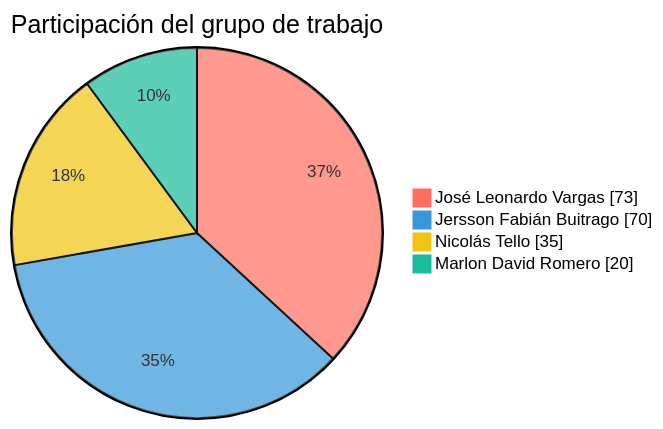
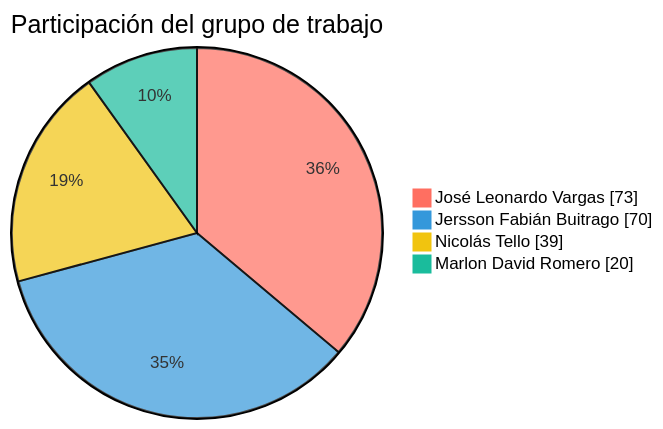
One commit to FarmaExpres/FarmaExpres changed the first of 2 diagrams in README.md. Above: the diagram before and after it, drawn with Mermaid. The commit also changed other lines of this file and 1 other file, not shown here.

````diff
--- a/README.md
+++ b/README.md
@@ -314,9 +314,9 @@
 ```mermaid
 %%{init: {"themeVariables": {"pie1": "#ff6f61", "pie2": "#3498db", "pie3": "#f1c40f", "pie4": "#1abc9c", "pieLabelColor": "#000000", "pieLabelFontSize": "24px", "pieLabelFontWeight": "700"}}}%%
 pie showData
     title Participación del grupo de trabajo
     "José Leonardo Vargas" : 73
     "Jersson Fabián Buitrago" : 70
-    "Nicolás Tello" : 35
+    "Nicolás Tello" : 39
     "Marlon David Romero" : 20
 ```
````
